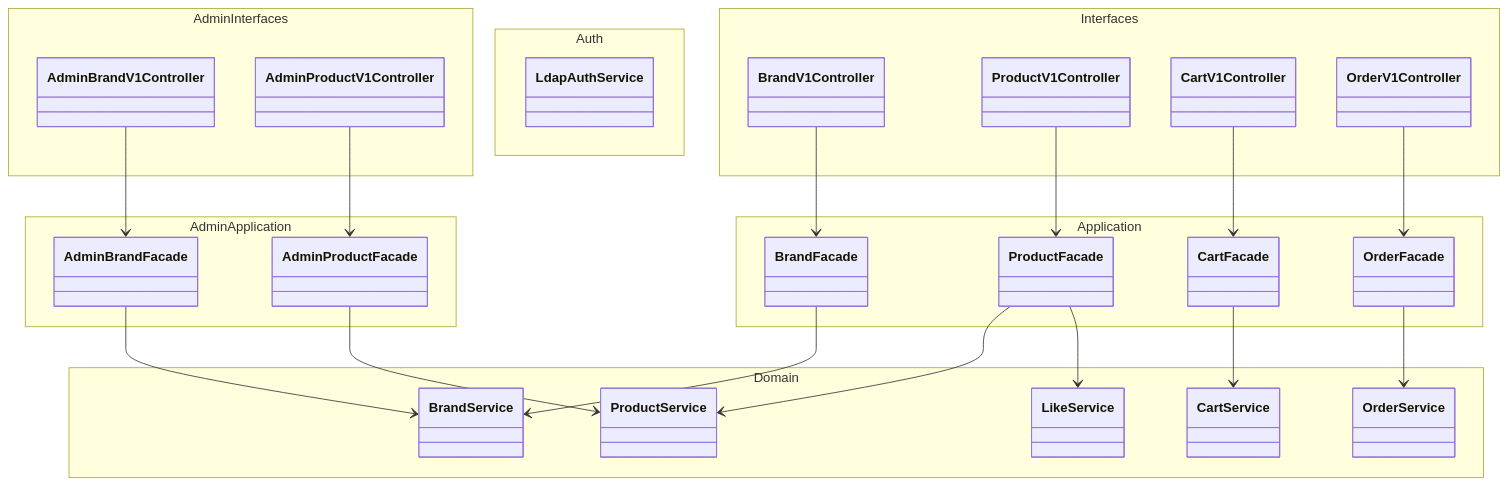
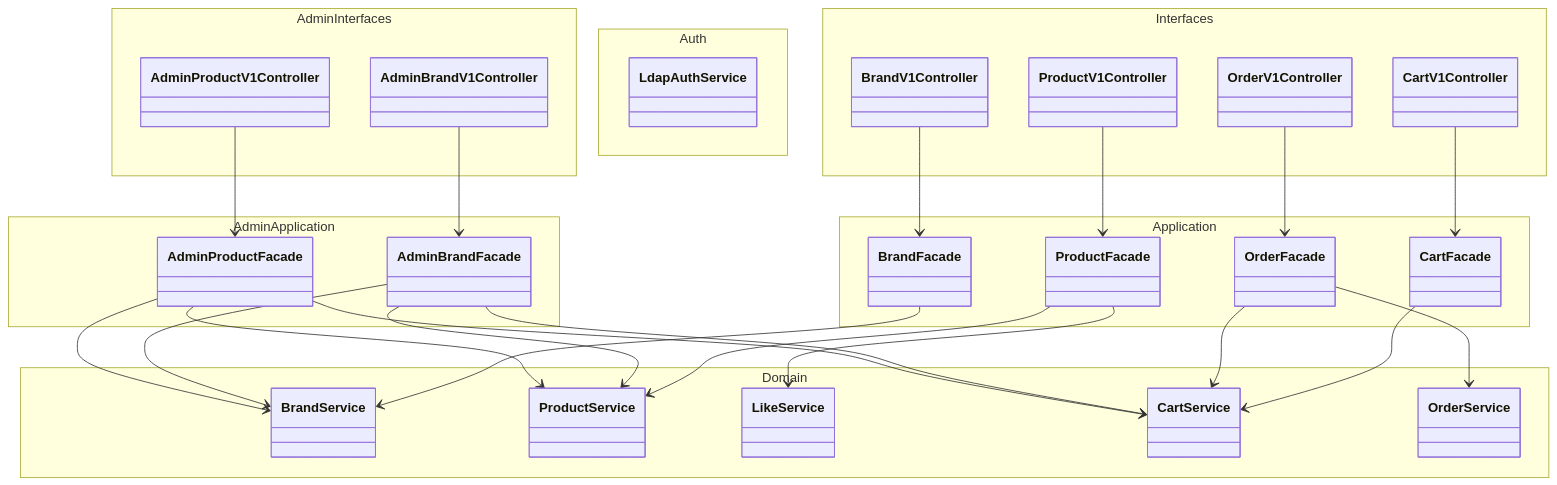
Before and after one commit to jsj1215/loop-pack-be-l2-vol3-java: the first of 7 diagrams in docs/design/03-class-diagram.md, drawn with Mermaid. The commit also changed other lines of this file and 1 other file, not shown here.

````diff
--- a/docs/design/03-class-diagram.md
+++ b/docs/design/03-class-diagram.md
@@ -10,57 +10,62 @@
 ```mermaid
 classDiagram
     direction TB
 
     namespace Interfaces {
         class BrandV1Controller
         class ProductV1Controller
         class CartV1Controller
         class OrderV1Controller
     }
 
     namespace Application {
         class BrandFacade
         class ProductFacade
         class CartFacade
         class OrderFacade
     }
 
     namespace Domain {
         class BrandService
         class ProductService
         class LikeService
         class CartService
         class OrderService
     }
 
     namespace AdminInterfaces {
         class AdminBrandV1Controller
         class AdminProductV1Controller
     }
 
     namespace AdminApplication {
         class AdminBrandFacade
         class AdminProductFacade
     }
 
     namespace Auth {
         class LdapAuthService
     }
 
     BrandV1Controller --> BrandFacade
     ProductV1Controller --> ProductFacade
     CartV1Controller --> CartFacade
     OrderV1Controller --> OrderFacade
 
     BrandFacade --> BrandService
     ProductFacade --> ProductService
     ProductFacade --> LikeService
     CartFacade --> CartService
     OrderFacade --> OrderService
+    OrderFacade --> CartService
 
     AdminBrandV1Controller --> AdminBrandFacade
     AdminProductV1Controller --> AdminProductFacade
 
     AdminBrandFacade --> BrandService
+    AdminBrandFacade --> ProductService
+    AdminBrandFacade --> CartService
     AdminProductFacade --> ProductService
+    AdminProductFacade --> BrandService
+    AdminProductFacade --> CartService
 ```
````
